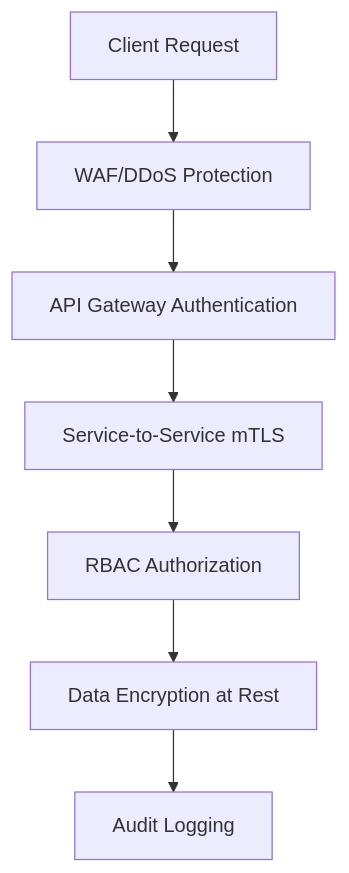
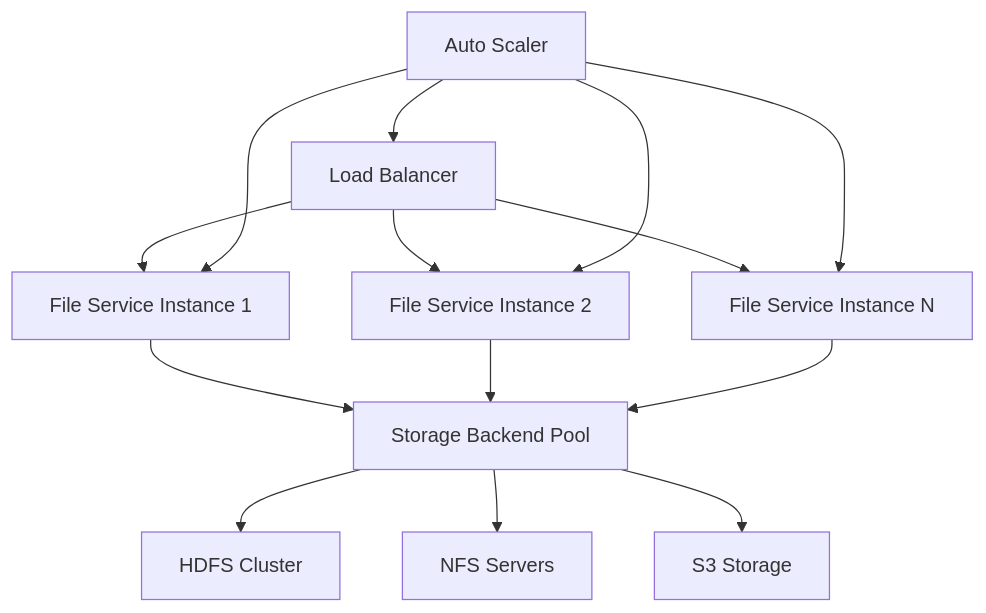
One commit to shayne007/blog changed the eighth of 8 diagrams in source/_posts/Design-File-Storage-Service.md. Above: the diagram before and after it, drawn with Mermaid. The commit also changed other lines of this file and 1 other file, not shown here.

```diff
--- a/source/_posts/Design-File-Storage-Service.md
+++ b/source/_posts/Design-File-Storage-Service.md
@@ -453,8 +846,18 @@
-{% mermaid graph %}
-    A[Client Request] --> B[WAF/DDoS Protection]
-    B --> C[API Gateway Authentication]
-    C --> D[Service-to-Service mTLS]
-    D --> E[RBAC Authorization]
-    E --> F[Data Encryption at Rest]
-    F --> G[Audit Logging]
+{% mermaid graph TD %}
+    A[Load Balancer] --> B[File Service Instance 1]
+    A --> C[File Service Instance 2]
+    A --> D[File Service Instance N]
+    
+    B --> E[Storage Backend Pool]
+    C --> E
+    D --> E
+    
+    E --> F[HDFS Cluster]
+    E --> G[NFS Servers]
+    E --> H[S3 Storage]
+    
+    I[Auto Scaler] --> A
+    I --> B
+    I --> C
+    I --> D
 {% endmermaid %}
```
